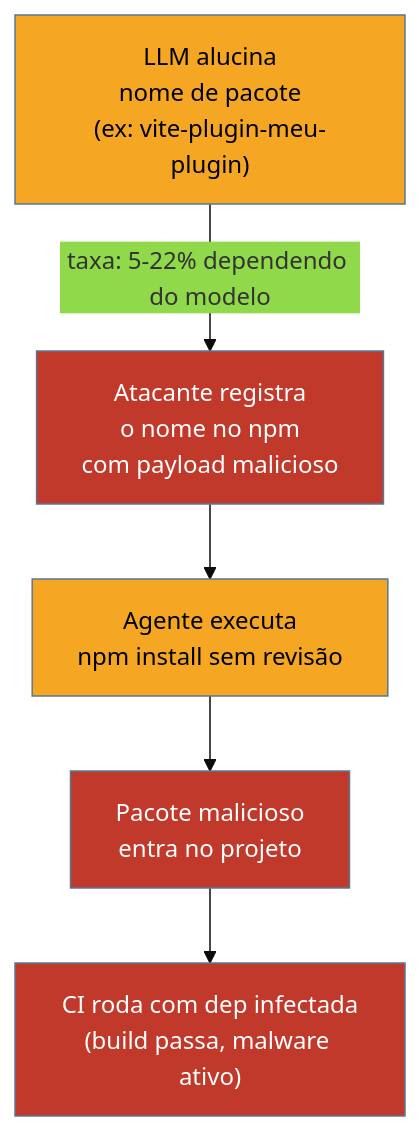
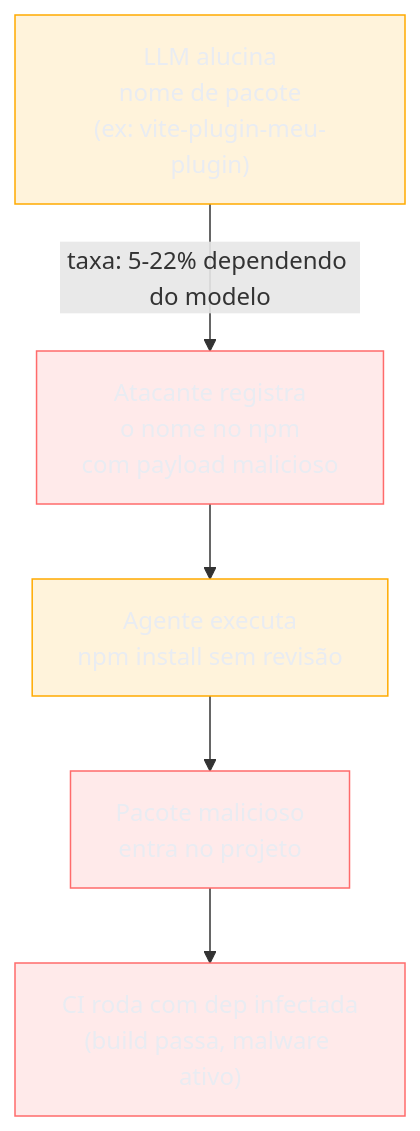
The seventh of 7 diagrams in 03-Dominios/Tecnologia/Tooling e Build/25 - IA no tooling e build.md (josenaldo/codex-technomanticus), drawn with Mermaid before and after one commit. The commit also changed other lines of this file and 1181 other files, not shown here.

First line of the commit message:
fix(diagramas): paleta do sistema no lugar de cor cravada no markdown

````diff
--- a/03-Dominios/Tecnologia/Tooling e Build/25 - IA no tooling e build.md
+++ b/03-Dominios/Tecnologia/Tooling e Build/25 - IA no tooling e build.md
@@ -489,20 +492,21 @@
 ```mermaid
-%%{init: {"theme": "base", "themeVariables": {"primaryColor": "#4A90D9"}}}%%
 flowchart TD
+    classDef destaque fill:#FFAA0024,stroke:#FFAA00,color:#E9ECF2
+    classDef falha fill:#FF6B6B24,stroke:#FF6B6B,color:#E9ECF2
     LLM["LLM alucina\nnome de pacote\n(ex: vite-plugin-meu-plugin)"]
     ATCK["Atacante registra\no nome no npm\ncom payload malicioso"]
     AGT["Agente executa\nnpm install sem revisão"]
     INF["Pacote malicioso\nentra no projeto"]
     CI["CI roda com dep infectada\n(build passa, malware ativo)"]
 
     LLM -->|"taxa: 5-22% dependendo do modelo"| ATCK
     ATCK --> AGT
     AGT --> INF
     INF --> CI
 
-    style LLM fill:#F5A623,color:#000
-    style ATCK fill:#c0392b,color:#fff
-    style INF fill:#c0392b,color:#fff
-    style CI fill:#c0392b,color:#fff
-    style AGT fill:#F5A623,color:#000
+    class LLM destaque
+    class ATCK falha
+    class INF falha
+    class CI falha
+    class AGT destaque
 ```
````
